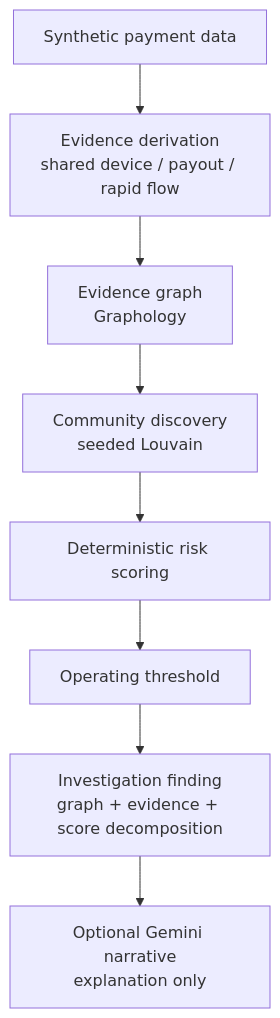
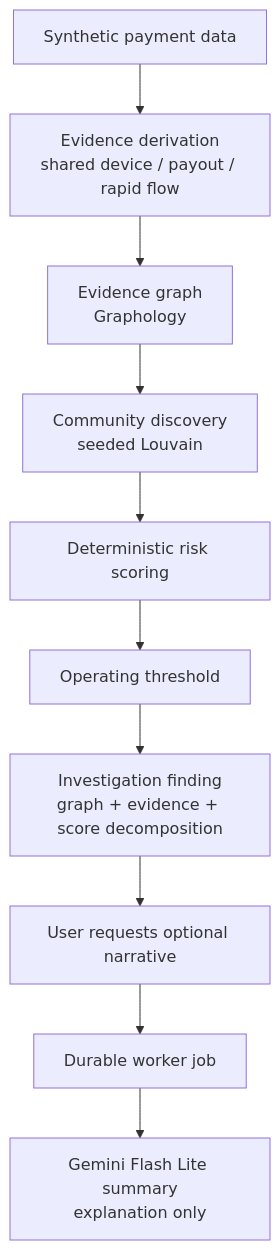
One commit to Abhishek-Sonje/nexus changed the diagram in README.md. Above: the diagram before and after it, drawn with Mermaid. The commit also changed other lines of this file and 3 other files, not shown here.

````diff
--- a/README.md
+++ b/README.md
@@ -19,10 +19,12 @@
 ```mermaid
 flowchart TD
   A[Synthetic payment data] --> B[Evidence derivation<br/>shared device / payout / rapid flow]
   B --> C[Evidence graph<br/>Graphology]
   C --> D[Community discovery<br/>seeded Louvain]
   D --> E[Deterministic risk scoring]
   E --> F[Operating threshold]
   F --> G[Investigation finding<br/>graph + evidence + score decomposition]
-  G --> H[Optional Gemini narrative<br/>explanation only]
+  G --> H[User requests optional narrative]
+  H --> I[Durable worker job]
+  I --> J[Gemini Flash Lite summary<br/>explanation only]
 ```
````
